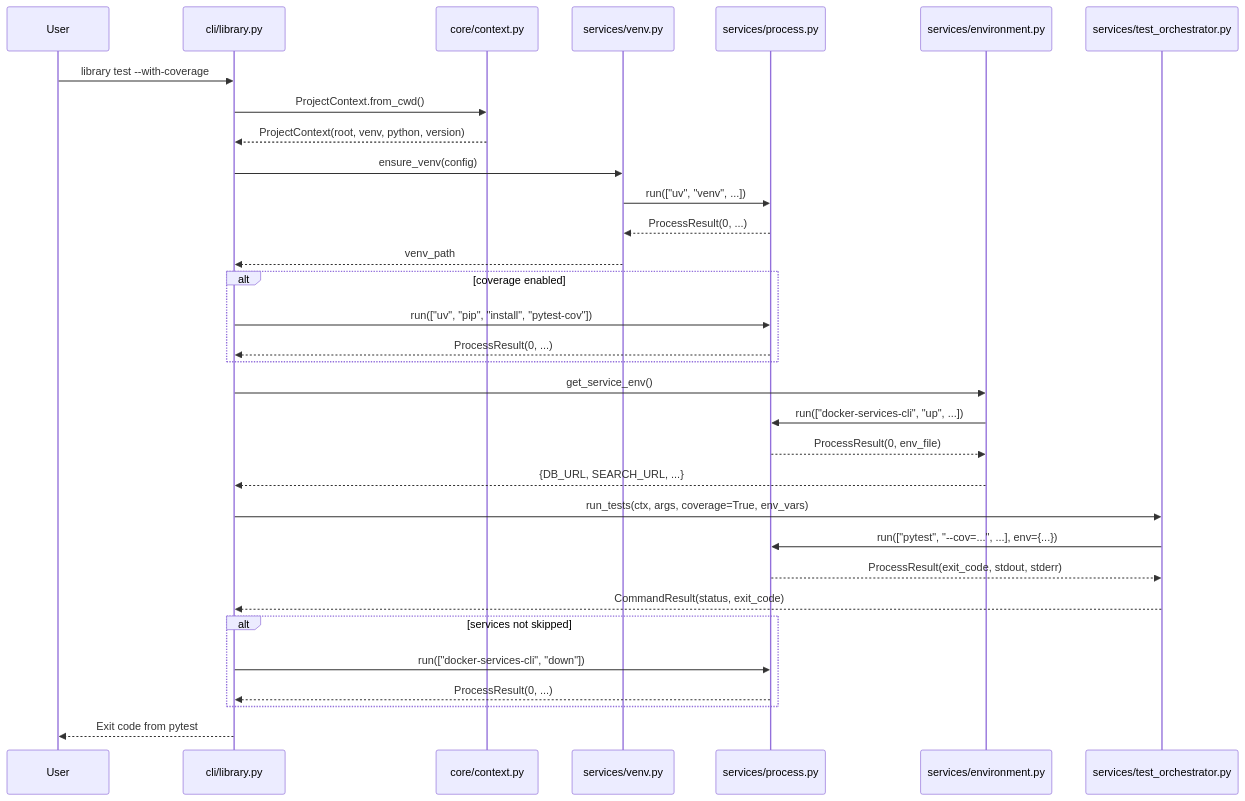
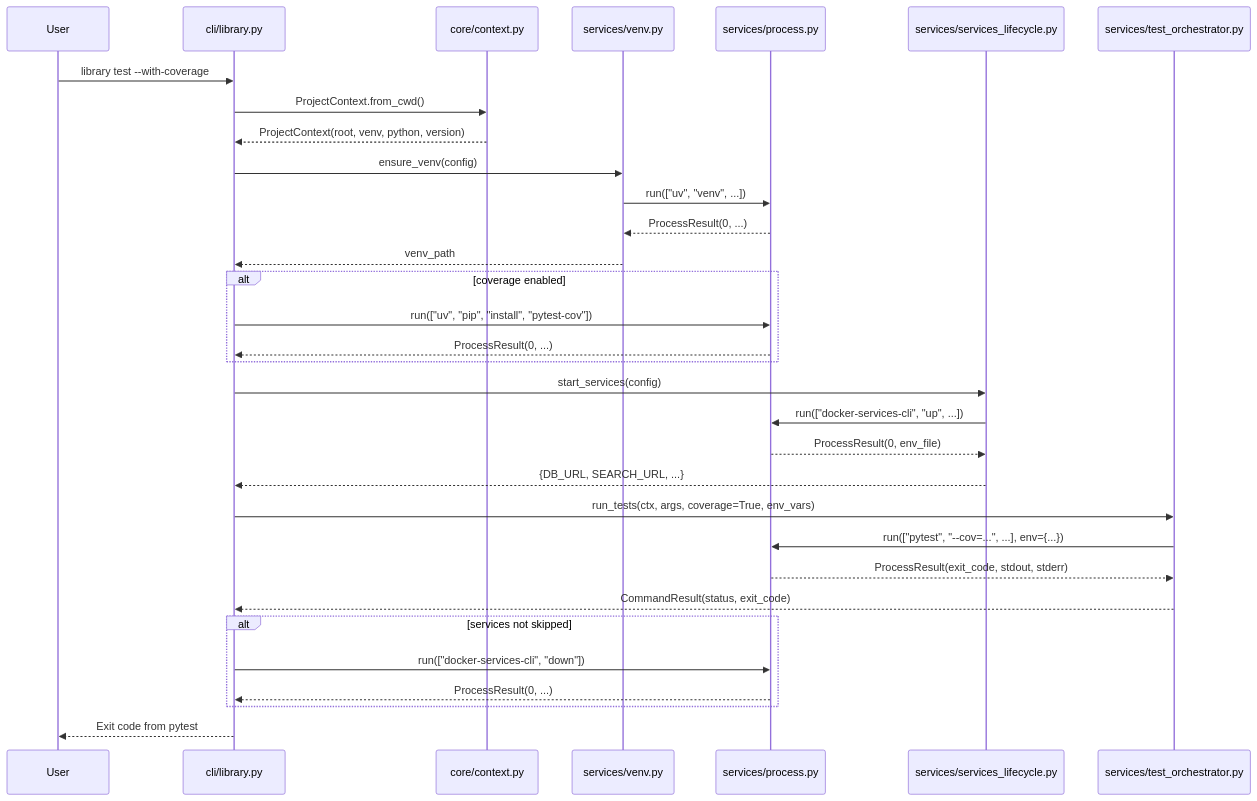
Before and after one commit to oarepo/oarepo-cli: the third of 5 diagrams in docs/architecture/01-detailed-design.md, drawn with Mermaid. The commit also changed other lines of this file and 5 other files, not shown here.

````diff
--- a/docs/architecture/01-detailed-design.md
+++ b/docs/architecture/01-detailed-design.md
@@ -188,41 +166,41 @@
 ```mermaid
 sequenceDiagram
     participant User
     participant CLI as cli/library.py
     participant Ctx as core/context.py
     participant Venv as services/venv.py
     participant Proc as services/process.py
-    participant Env as services/environment.py
+    participant Svc as services/services_lifecycle.py
     participant Test as services/test_orchestrator.py
 
     User->>CLI: library test --with-coverage
     CLI->>Ctx: ProjectContext.from_cwd()
     Ctx-->>CLI: ProjectContext(root, venv, python, version)
 
     CLI->>Venv: ensure_venv(config)
     Venv->>Proc: run(["uv", "venv", ...])
     Proc-->>Venv: ProcessResult(0, ...)
     Venv-->>CLI: venv_path
 
     alt coverage enabled
         CLI->>Proc: run(["uv", "pip", "install", "pytest-cov"])
         Proc-->>CLI: ProcessResult(0, ...)
     end
 
-    CLI->>Env: get_service_env()
-    Env->>Proc: run(["docker-services-cli", "up", ...])
-    Proc-->>Env: ProcessResult(0, env_file)
-    Env-->>CLI: {DB_URL, SEARCH_URL, ...}
+    CLI->>Svc: start_services(config)
+    Svc->>Proc: run(["docker-services-cli", "up", ...])
+    Proc-->>Svc: ProcessResult(0, env_file)
+    Svc-->>CLI: {DB_URL, SEARCH_URL, ...}
 
     CLI->>Test: run_tests(ctx, args, coverage=True, env_vars)
     Test->>Proc: run(["pytest", "--cov=...", ...], env={...})
     Proc-->>Test: ProcessResult(exit_code, stdout, stderr)
     Test-->>CLI: CommandResult(status, exit_code)
 
     alt services not skipped
         CLI->>Proc: run(["docker-services-cli", "down"])
         Proc-->>CLI: ProcessResult(0, ...)
     end
 
     CLI-->>User: Exit code from pytest
 ```
````
